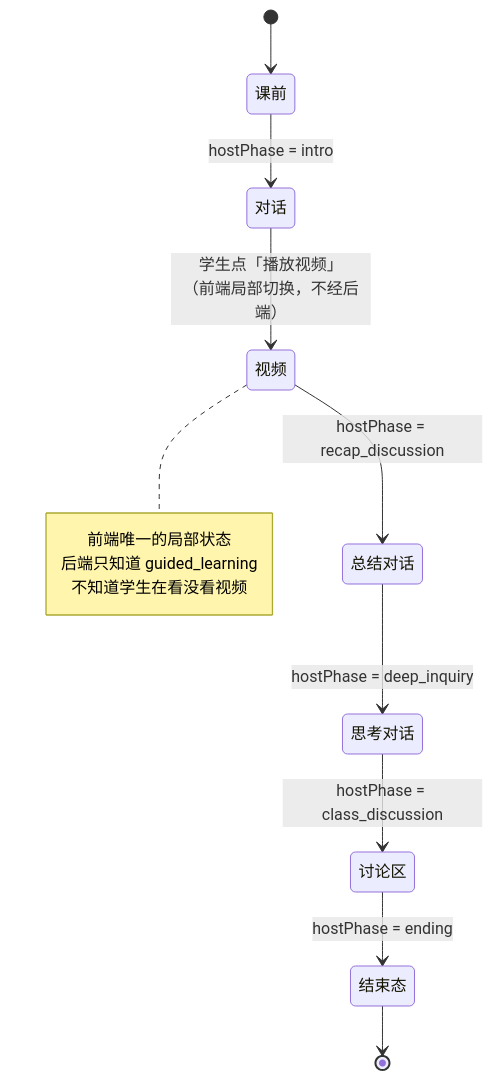
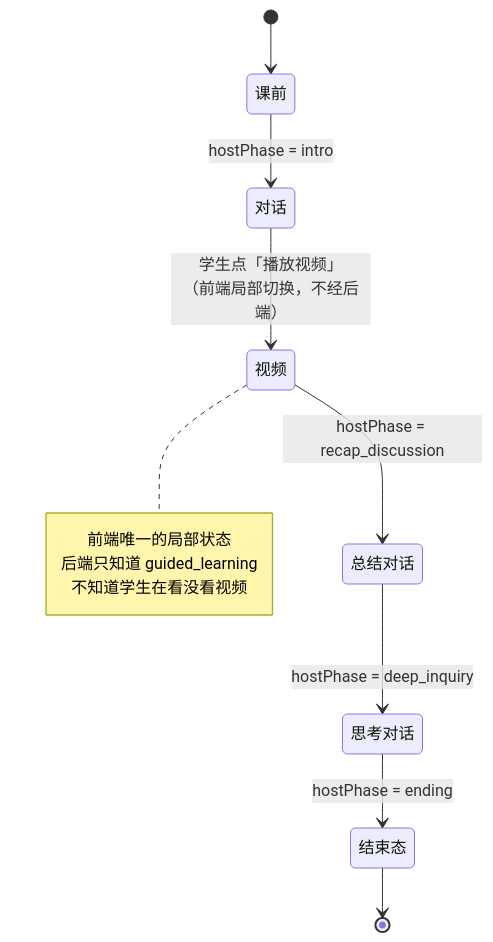
Before and after one commit to huanche/agentic-class-pilot: the third of 5 diagrams in student_agent/frontend/docs/architecture/ARCHITECTURE.md, drawn with Mermaid. The commit also changed other lines of this file and 35 other files, not shown here.

````diff
--- a/student_agent/frontend/docs/architecture/ARCHITECTURE.md
+++ b/student_agent/frontend/docs/architecture/ARCHITECTURE.md
@@ -130,20 +126,19 @@
 ```mermaid
 stateDiagram-v2
     direction TB
 
     [*] --> 课前
 
     课前 --> 对话 : hostPhase = intro
     对话 --> 视频 : 学生点「播放视频」<br/>（前端局部切换，不经后端）
     视频 --> 总结对话 : hostPhase = recap_discussion
     总结对话 --> 思考对话 : hostPhase = deep_inquiry
-    思考对话 --> 讨论区 : hostPhase = class_discussion
-    讨论区 --> 结束态 : hostPhase = ending
+    思考对话 --> 结束态 : hostPhase = ending
     结束态 --> [*]
 
     note right of 视频
         前端唯一的局部状态
         后端只知道 guided_learning
         不知道学生在看没看视频
     end note
 ```
````
